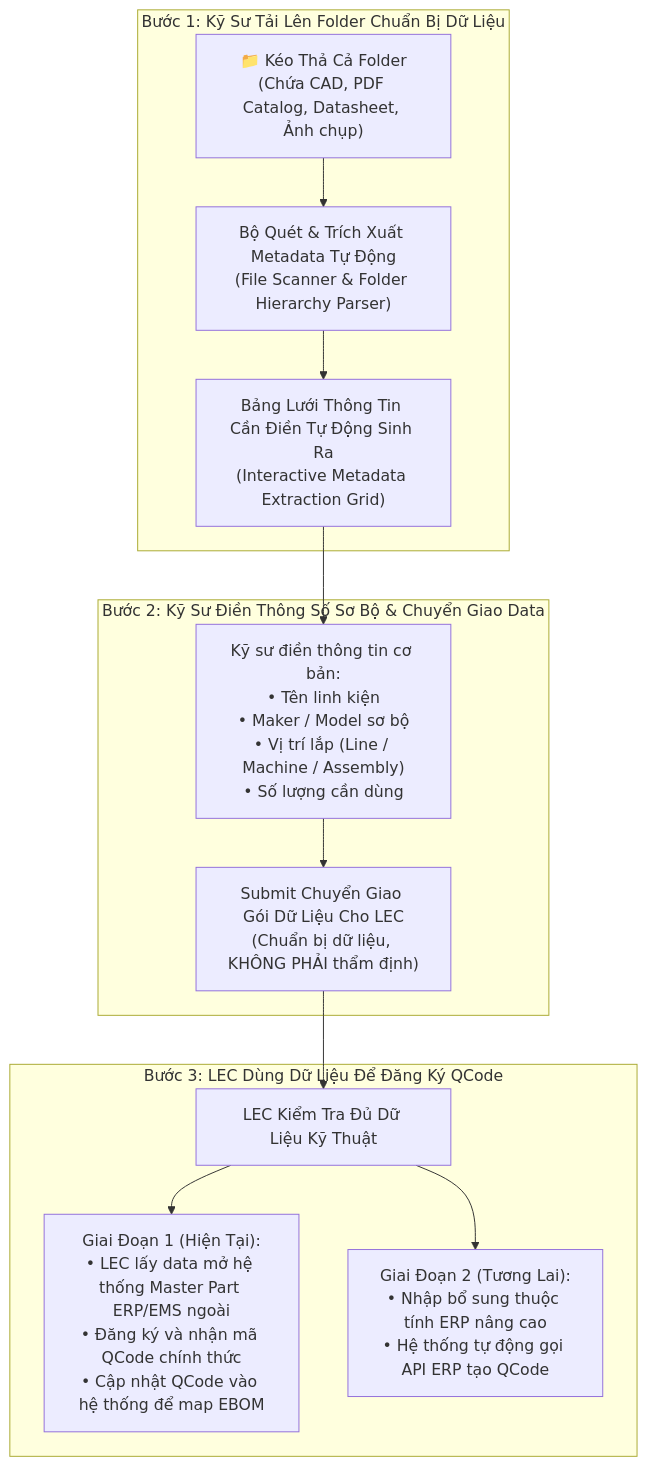
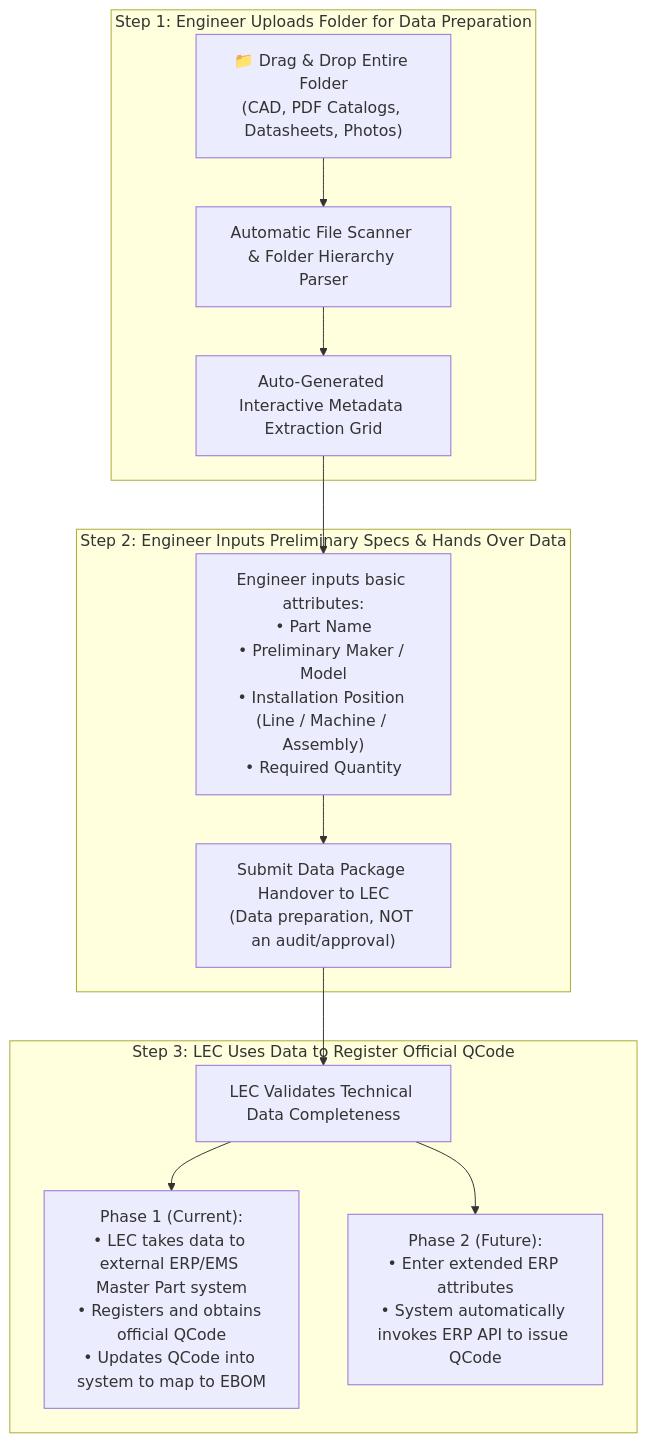
One commit to longphamduc-vn/ops-workflow changed the diagram in procurement-system/01-master-data-and-ebom/03-batch-qcode-registration-and-media.md. Above: the diagram before and after it, drawn with Mermaid. The commit also changed other lines of this file and 28 other files, not shown here.

````diff
--- a/procurement-system/01-master-data-and-ebom/03-batch-qcode-registration-and-media.md
+++ b/procurement-system/01-master-data-and-ebom/03-batch-qcode-registration-and-media.md
@@ -13,24 +13,24 @@
 ```mermaid
 flowchart TD
-    subgraph Step1["Bước 1: Kỹ Sư Tải Lên Folder Chuẩn Bị Dữ Liệu"]
-        Folder["📁 Kéo Thả Cả Folder\n(Chứa CAD, PDF Catalog, Datasheet, Ảnh chụp)"]
-        Scanner["Bộ Quét & Trích Xuất Metadata Tự Động\n(File Scanner & Folder Hierarchy Parser)"]
-        Grid["Bảng Lưới Thông Tin Cần Điền Tự Động Sinh Ra\n(Interactive Metadata Extraction Grid)"]
+    subgraph Step1["Step 1: Engineer Uploads Folder for Data Preparation"]
+        Folder["📁 Drag & Drop Entire Folder\n(CAD, PDF Catalogs, Datasheets, Photos)"]
+        Scanner["Automatic File Scanner & Folder Hierarchy Parser"]
+        Grid["Auto-Generated Interactive Metadata Extraction Grid"]
         Folder --> Scanner --> Grid
     end
 
-    subgraph Step2["Bước 2: Kỹ Sư Điền Thông Số Sơ Bộ & Chuyển Giao Data"]
-        ReqFill["Kỹ sư điền thông tin cơ bản:\n• Tên linh kiện\n• Maker / Model sơ bộ\n• Vị trí lắp (Line / Machine / Assembly)\n• Số lượng cần dùng"]
-        SubmitLEC["Submit Chuyển Giao Gói Dữ Liệu Cho LEC\n(Chuẩn bị dữ liệu, KHÔNG PHẢI thẩm định)"]
+    subgraph Step2["Step 2: Engineer Inputs Preliminary Specs & Hands Over Data"]
+        ReqFill["Engineer inputs basic attributes:\n• Part Name\n• Preliminary Maker / Model\n• Installation Position (Line / Machine / Assembly)\n• Required Quantity"]
+        SubmitLEC["Submit Data Package Handover to LEC\n(Data preparation, NOT an audit/approval)"]
         Grid --> ReqFill --> SubmitLEC
     end
 
-    subgraph Step3["Bước 3: LEC Dùng Dữ Liệu Để Đăng Ký QCode"]
-        LECEval["LEC Kiểm Tra Đủ Dữ Liệu Kỹ Thuật"]
-        Phase1["Giai Đoạn 1 (Hiện Tại):\n• LEC lấy data mở hệ thống Master Part ERP/EMS ngoài\n• Đăng ký và nhận mã QCode chính thức\n• Cập nhật QCode vào hệ thống để map EBOM"]
-        Phase2["Giai Đoạn 2 (Tương Lai):\n• Nhập bổ sung thuộc tính ERP nâng cao\n• Hệ thống tự động gọi API ERP tạo QCode"]
+    subgraph Step3["Step 3: LEC Uses Data to Register Official QCode"]
+        LECEval["LEC Validates Technical Data Completeness"]
+        Phase1["Phase 1 (Current):\n• LEC takes data to external ERP/EMS Master Part system\n• Registers and obtains official QCode\n• Updates QCode into system to map to EBOM"]
+        Phase2["Phase 2 (Future):\n• Enter extended ERP attributes\n• System automatically invokes ERP API to issue QCode"]
         SubmitLEC --> LECEval
         LECEval --> Phase1
         LECEval --> Phase2
     end
 ```
````
